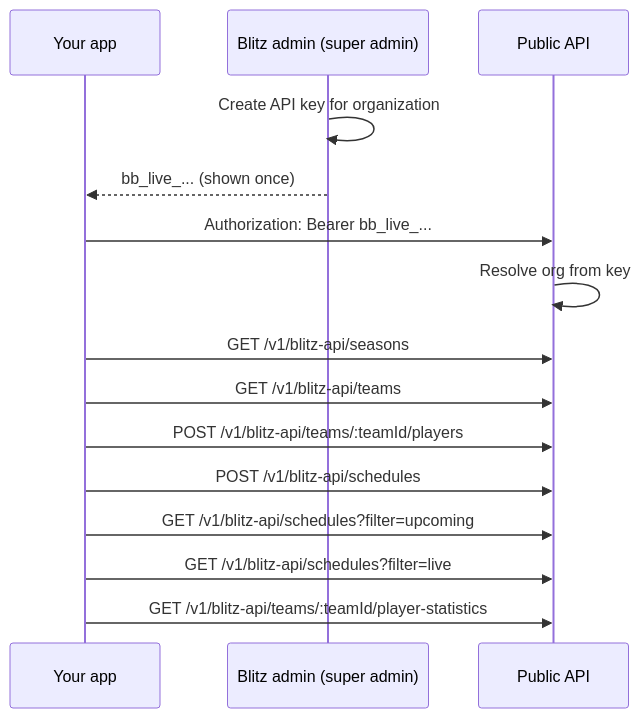
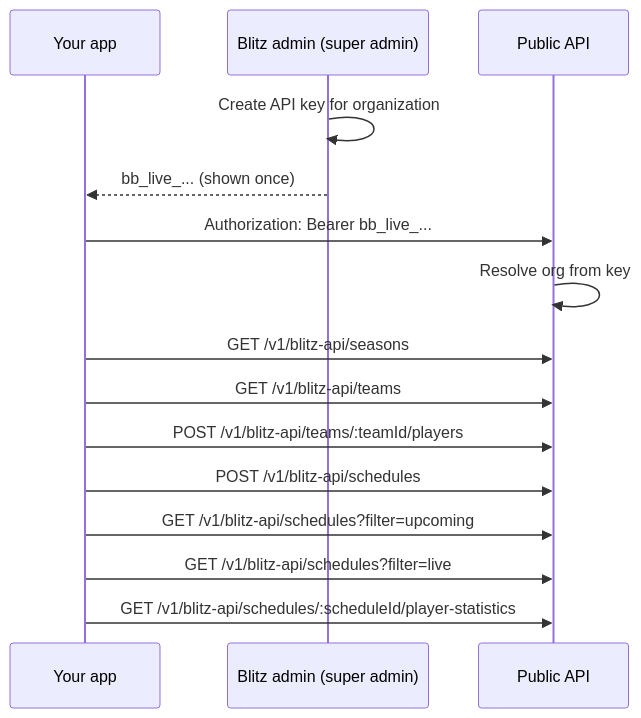
The diagram in index.mdx (kalebdiga/documentation), drawn with Mermaid before and after one commit. The commit also changed other lines of this file and 6 other files, not shown here.

First line of the commit message:
Refactor player statistics API: update endpoints and descriptions

````diff
--- a/index.mdx
+++ b/index.mdx
@@ -44,18 +44,18 @@
 ```mermaid
 sequenceDiagram
   participant App as Your app
   participant Admin as Blitz admin (super admin)
   participant API as Public API
 
   Admin->>Admin: Create API key for organization
   Admin-->>App: bb_live_... (shown once)
   App->>API: Authorization: Bearer bb_live_...
   API->>API: Resolve org from key
   App->>API: GET /v1/blitz-api/seasons
   App->>API: GET /v1/blitz-api/teams
   App->>API: POST /v1/blitz-api/teams/:teamId/players
   App->>API: POST /v1/blitz-api/schedules
   App->>API: GET /v1/blitz-api/schedules?filter=upcoming
   App->>API: GET /v1/blitz-api/schedules?filter=live
-  App->>API: GET /v1/blitz-api/teams/:teamId/player-statistics
+  App->>API: GET /v1/blitz-api/schedules/:scheduleId/player-statistics
 ```
````
